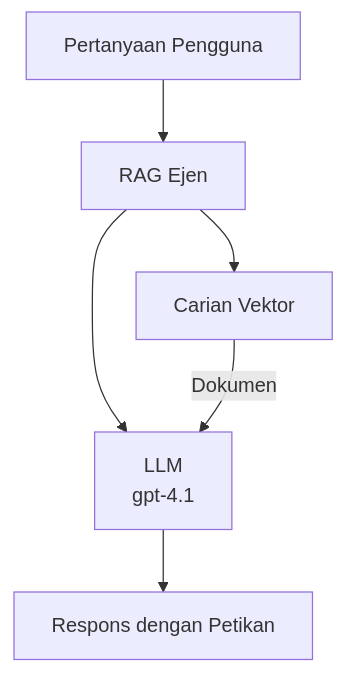
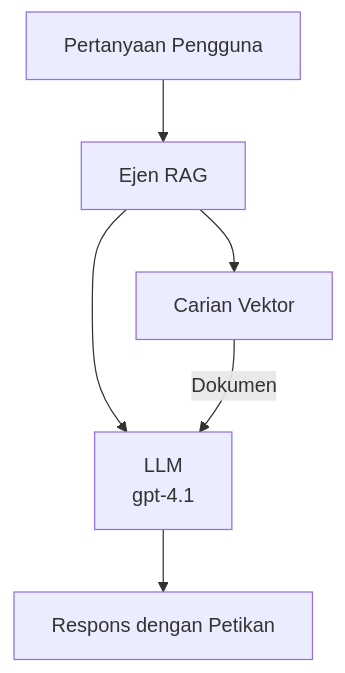
Before and after one commit to microsoft/AZD-for-beginners: the second of 3 diagrams in translations/ms/docs/chapter-02-ai-development/agents.md, drawn with Mermaid. The commit also changed other lines of this file and 104 other files, not shown here.

````diff
--- a/translations/ms/docs/chapter-02-ai-development/agents.md
+++ b/translations/ms/docs/chapter-02-ai-development/agents.md
@@ -175,8 +181,8 @@
 ```mermaid
 graph TD
-    Query[Pertanyaan Pengguna] --> RAG[RAG Ejen]
+    Query[Pertanyaan Pengguna] --> RAG[Ejen RAG]
     RAG --> Vector[Carian Vektor]
     RAG --> LLM[LLM<br/>gpt-4.1]
     Vector -- Dokumen --> LLM
     LLM --> Response[Respons dengan Petikan]
 ```
````
